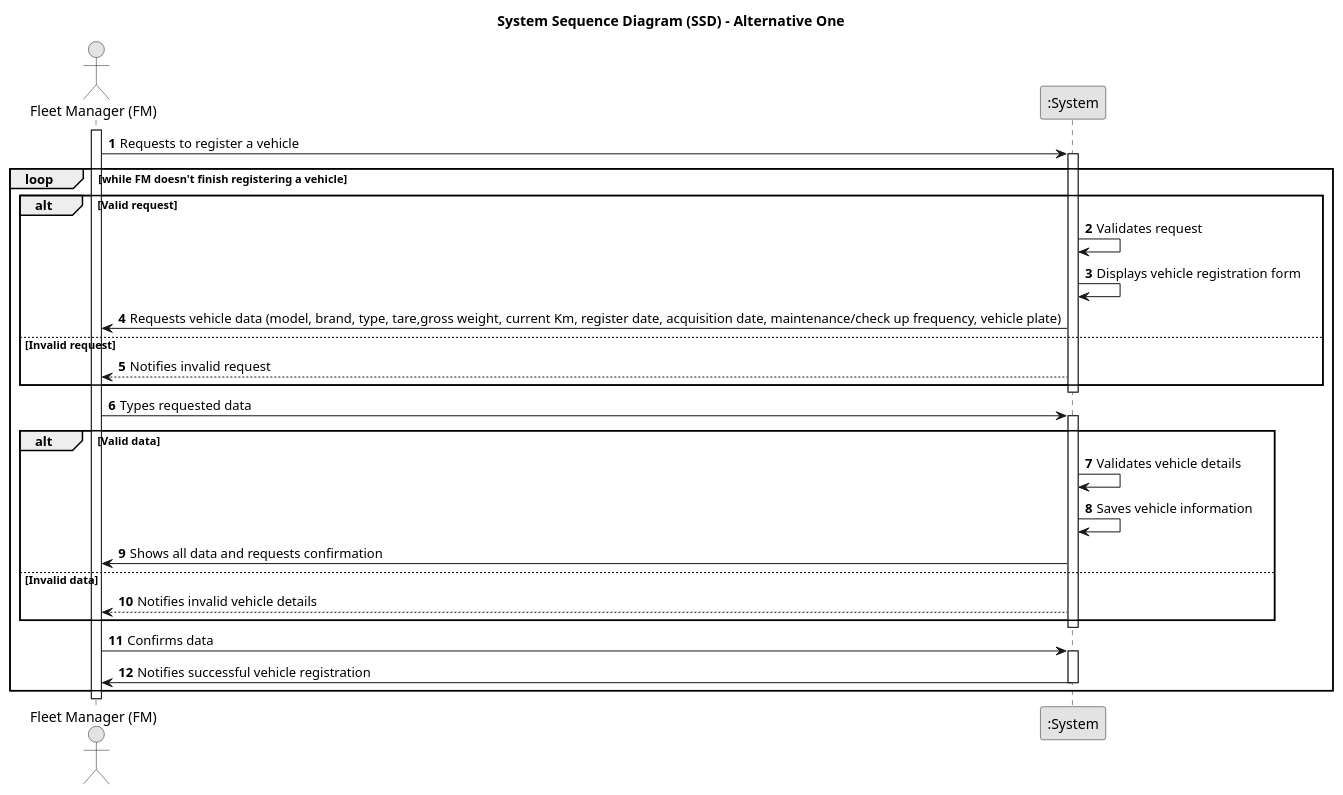
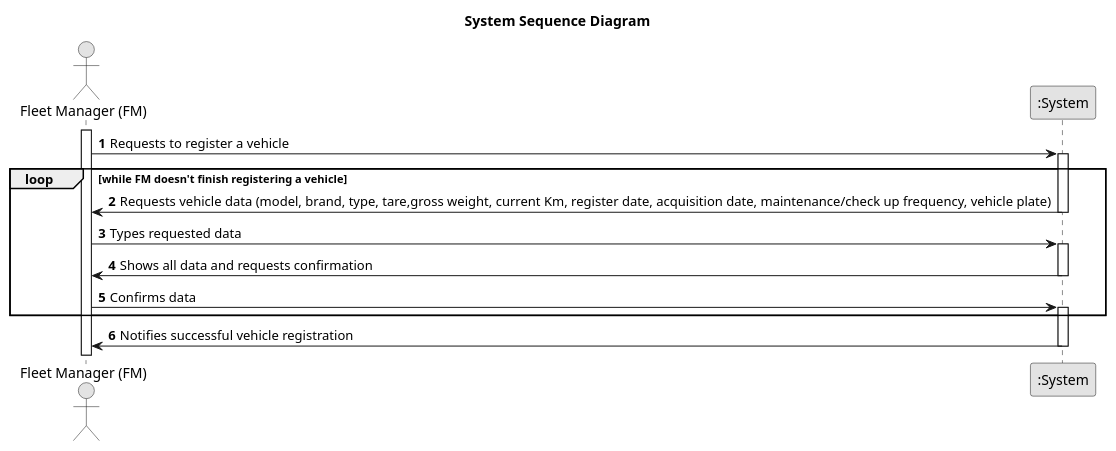
Before and after one commit to RicardoMorim/lapr2-ISEP-Project: the diagram in docs/sprintA/us006/01.requirements-engineering/puml/us006-system-sequence-diagram-alternative-one.puml, drawn with PlantUML. The commit also changed 3 other files, not shown here.

Commit message:
Updated us06 system sequence diagram and domain model

```diff
--- a/docs/sprintA/us006/01.requirements-engineering/puml/us006-system-sequence-diagram-alternative-one.puml
+++ b/docs/sprintA/us006/01.requirements-engineering/puml/us006-system-sequence-diagram-alternative-one.puml
@@ -1,40 +1,28 @@
 @startuml
 skinparam monochrome true
 skinparam packageStyle rectangle
 skinparam shadowing false
 
 actor "Fleet Manager (FM)" as FM
 participant ":System" as System
 autonumber
 
-title System Sequence Diagram (SSD) - Alternative One
+title System Sequence Diagram
 activate FM
 
 FM -> System : Requests to register a vehicle
 loop while FM doesn't finish registering a vehicle
 activate System
-alt Valid request
-System -> System: Validates request
-    System -> System: Displays vehicle registration form
+
     System -> FM : Requests vehicle data (model, brand, type, tare,gross weight, current Km, register date, acquisition date, maintenance/check up frequency, vehicle plate)
-else Invalid request
-    System --> FM: Notifies invalid request
-end
 deactivate System
     FM -> System : Types requested data
     activate System
-alt Valid data
-System -> System: Validates vehicle details
-    System -> System: Saves vehicle information
     System -> FM : Shows all data and requests confirmation
-else Invalid data
-System --> FM: Notifies invalid vehicle details
-end
 deactivate System
     FM -> System : Confirms data
     activate System
-
+end
     System -> FM: Notifies successful vehicle registration
 deactivate System
-end
 @enduml
```
